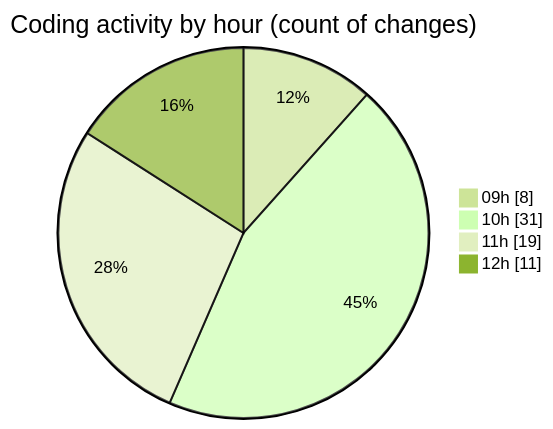
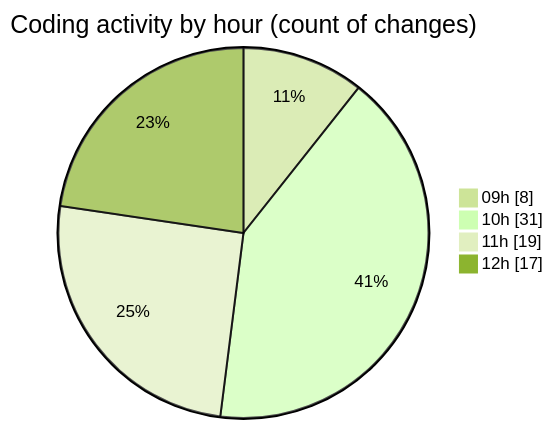
Before and after one commit to momahboobian/code-tracking: the second of 2 diagrams in 2025-06-12/cda/README.md, drawn with Mermaid (forest theme). The commit also changed other lines of this file and 1 other file, not shown here.

````diff
--- a/2025-06-12/cda/README.md
+++ b/2025-06-12/cda/README.md
@@ -30,8 +30,8 @@
 ```mermaid
 pie showData
 title Coding activity by hour (count of changes)
 "09h" : 8
 "10h" : 31
 "11h" : 19
-"12h" : 11
+"12h" : 17
 ```
````
